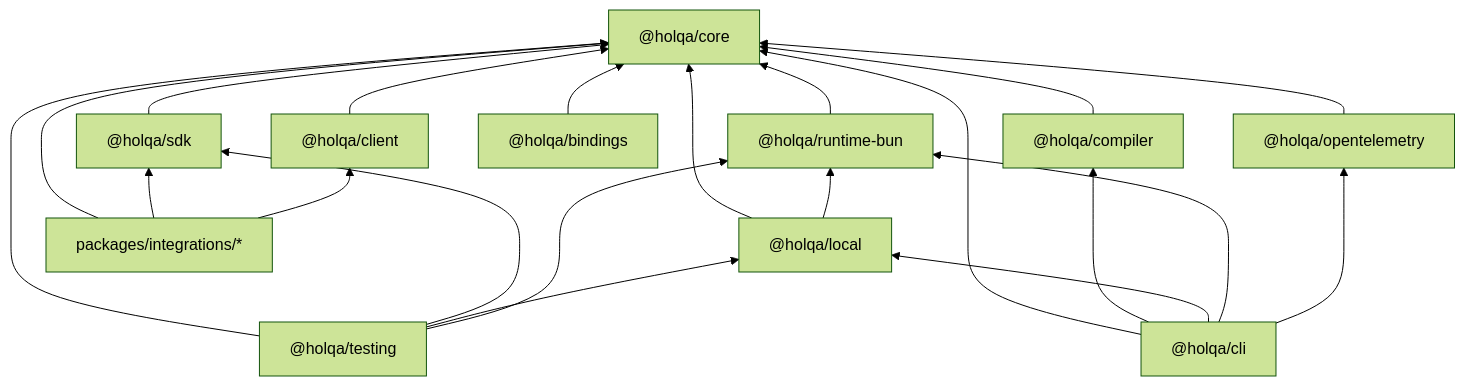
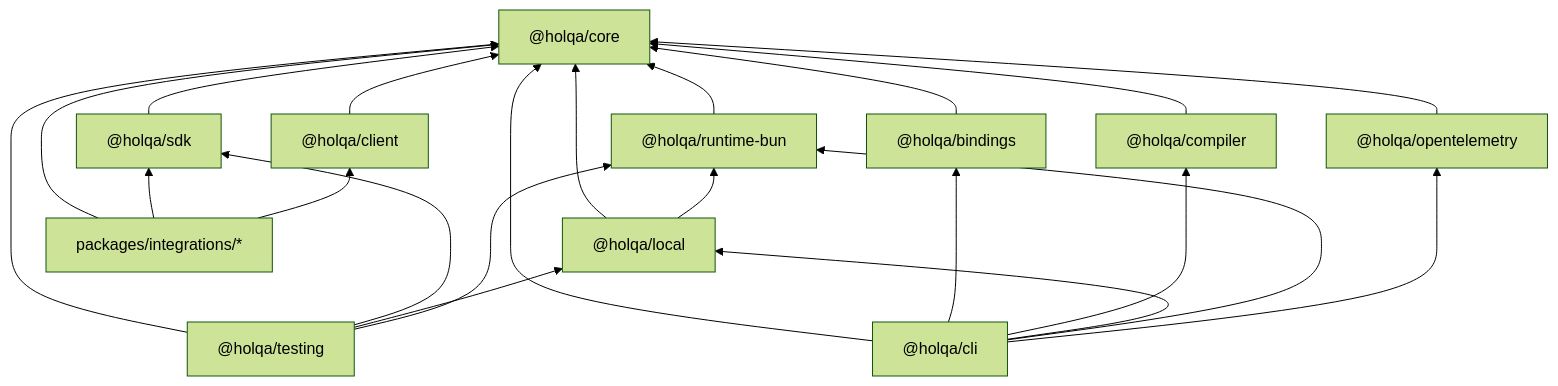
One commit to SrKleRAimBot/holqa changed the diagram in docs/architecture/package-boundaries.md. Above: the diagram before and after it, drawn with Mermaid (forest theme). The commit also changed other lines of this file and 56 other files, not shown here.

First line of the commit message:
feat(bindings): capability negotiation and binding diagnostics in the CLI (#14)

````diff
--- a/docs/architecture/package-boundaries.md
+++ b/docs/architecture/package-boundaries.md
@@ -29,24 +29,24 @@
 ```mermaid
 flowchart BT
   core["@holqa/core"]
   sdk["@holqa/sdk"]
   client["@holqa/client"]
   compiler["@holqa/compiler"]
   runtime["@holqa/runtime-bun"]
   local["@holqa/local"]
   bindings["@holqa/bindings"]
   testing["@holqa/testing"]
   cli["@holqa/cli"]
   integrations["packages/integrations/*"]
   otel["@holqa/opentelemetry"]
   sdk --> core
   client --> core
   compiler --> core
   runtime --> core
   local --> core & runtime
   bindings --> core
   testing --> core & sdk & local & runtime
-  cli --> core & compiler & local & runtime & otel
+  cli --> core & bindings & compiler & local & runtime & otel
   integrations --> core & sdk & client
   otel --> core
 ```
````
